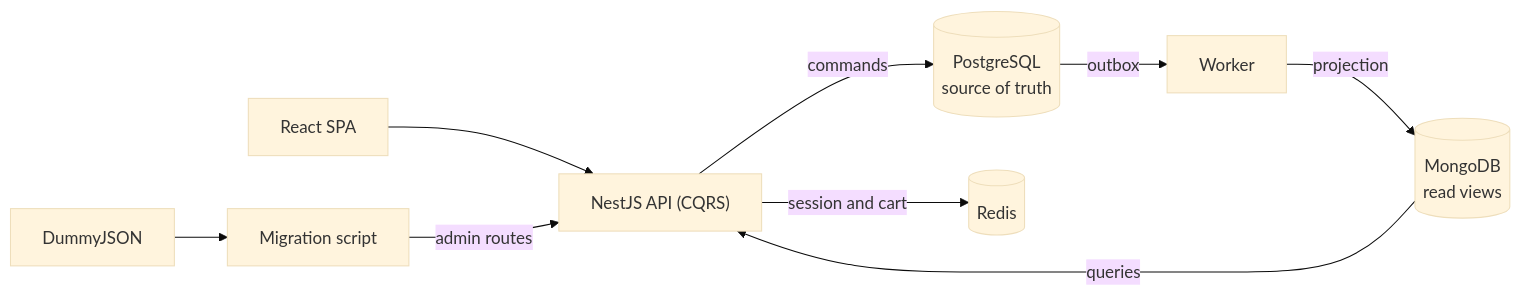
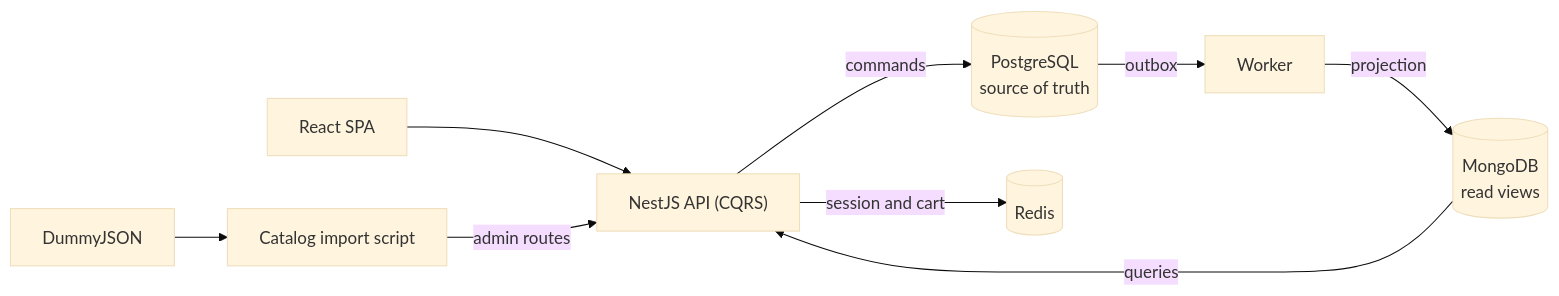
Before and after one commit to SammuelGR/mercadummy: the diagram in docs/backend/README.md, drawn with Mermaid (base theme). The commit also changed other lines of this file and 2 other files, not shown here.

````diff
--- a/docs/backend/README.md
+++ b/docs/backend/README.md
@@ -23,11 +23,11 @@
 ```mermaid
 flowchart LR
     FRONT["React SPA"] --> API["NestJS API (CQRS)"]
     API -->|commands| PG[("PostgreSQL<br/>source of truth")]
     API -->|session and cart| REDIS[("Redis")]
     PG -->|outbox| WORKER["Worker"]
     WORKER -->|projection| MONGO[("MongoDB<br/>read views")]
     MONGO -->|queries| API
-    DUMMY["DummyJSON"] --> SCRIPT["Migration script"]
+    DUMMY["DummyJSON"] --> SCRIPT["Catalog import script"]
     SCRIPT -->|admin routes| API
 ```
````
